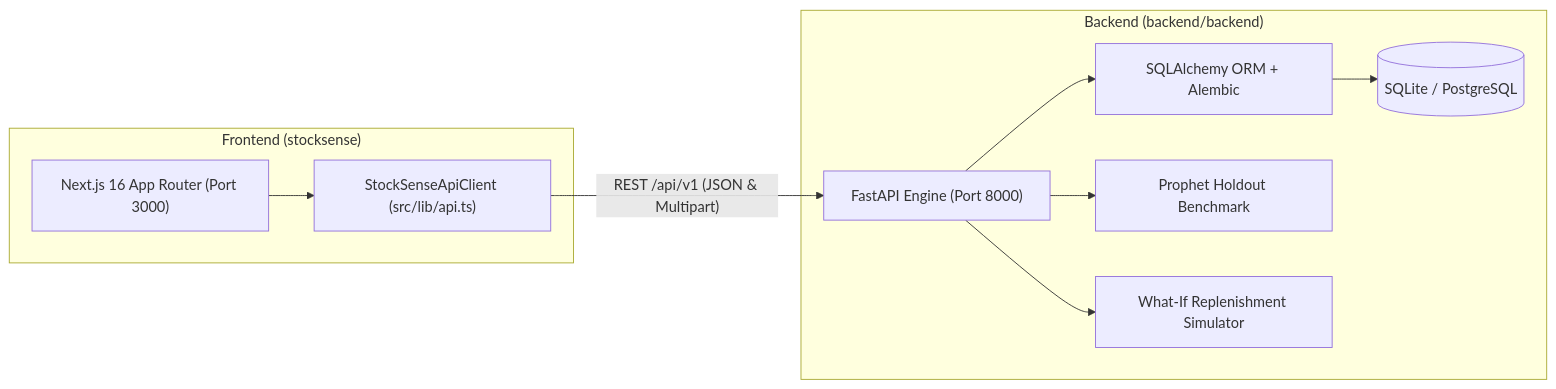
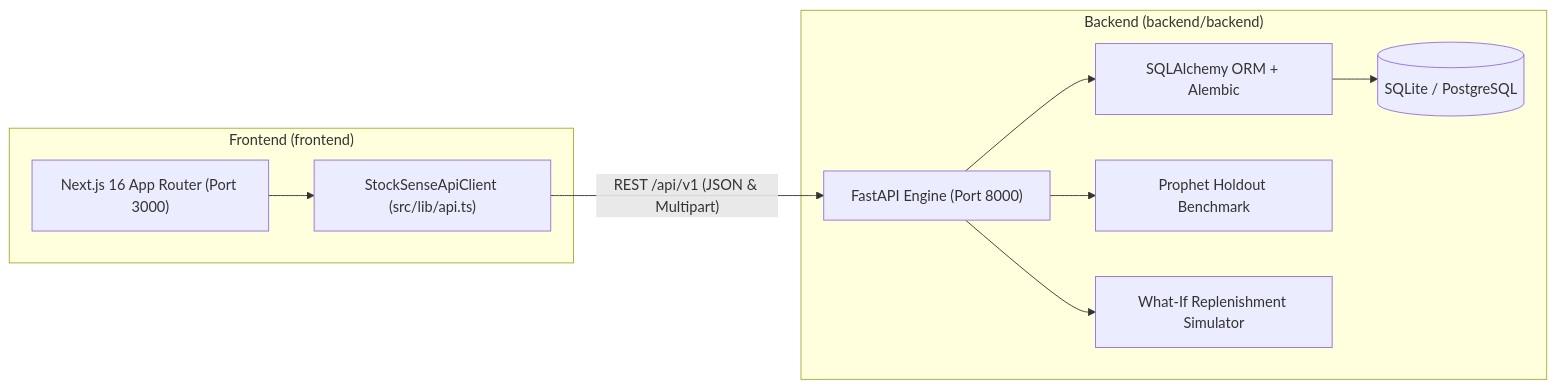
One commit to VIVEKBSUTAR/lesquad_vortexa changed the diagram in README.md. Above: the diagram before and after it, drawn with Mermaid. The commit also changed other lines of this file and 59 other files, not shown here.

Commit message:
refactor: rename stocksense directory to frontend and update workspace config

````diff
--- a/README.md
+++ b/README.md
@@ -9,21 +9,21 @@
 ```mermaid
 graph LR
-    subgraph Frontend ["Frontend (stocksense)"]
+    subgraph Frontend ["Frontend (frontend)"]
         UI["Next.js 16 App Router (Port 3000)"]
         Client["StockSenseApiClient (src/lib/api.ts)"]
     end
 
     subgraph Backend ["Backend (backend/backend)"]
         API["FastAPI Engine (Port 8000)"]
         ORM["SQLAlchemy ORM + Alembic"]
         DB[(SQLite / PostgreSQL)]
         Prophet["Prophet Holdout Benchmark"]
         Simulator["What-If Replenishment Simulator"]
     end
 
     UI --> Client
     Client -- "REST /api/v1 (JSON & Multipart)" --> API
     API --> ORM --> DB
     API --> Prophet
     API --> Simulator
 ```
````
